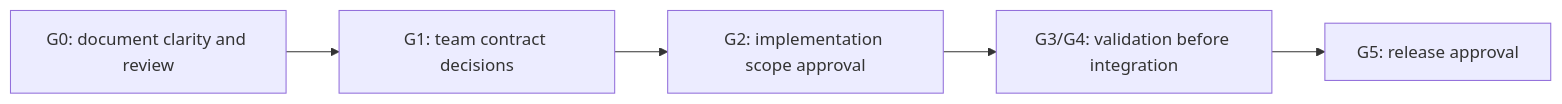
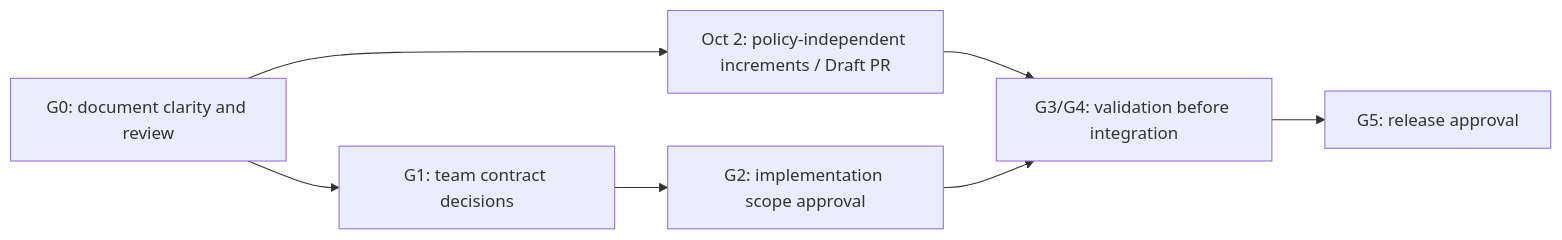
One commit to allenkim0129/multiclouddb-sdk-for-java changed the first of 8 diagrams in docs/design/issue-116-document-serialization.md. Above: the diagram before and after it, drawn with Mermaid. The commit also changed other lines of this file and 6 other files, not shown here.

````diff
--- a/docs/design/issue-116-document-serialization.md
+++ b/docs/design/issue-116-document-serialization.md
@@ -32,7 +38,9 @@
 ```mermaid
 flowchart LR
     D["G0: document clarity and review"] --> C["G1: team contract decisions"]
     C --> I["G2: implementation scope approval"]
+    D --> S["Oct 2: policy-independent increments / Draft PR"]
+    S --> M["G3/G4: validation before integration"]
     I --> M["G3/G4: validation before integration"]
     M --> R["G5: release approval"]
 ```
````
